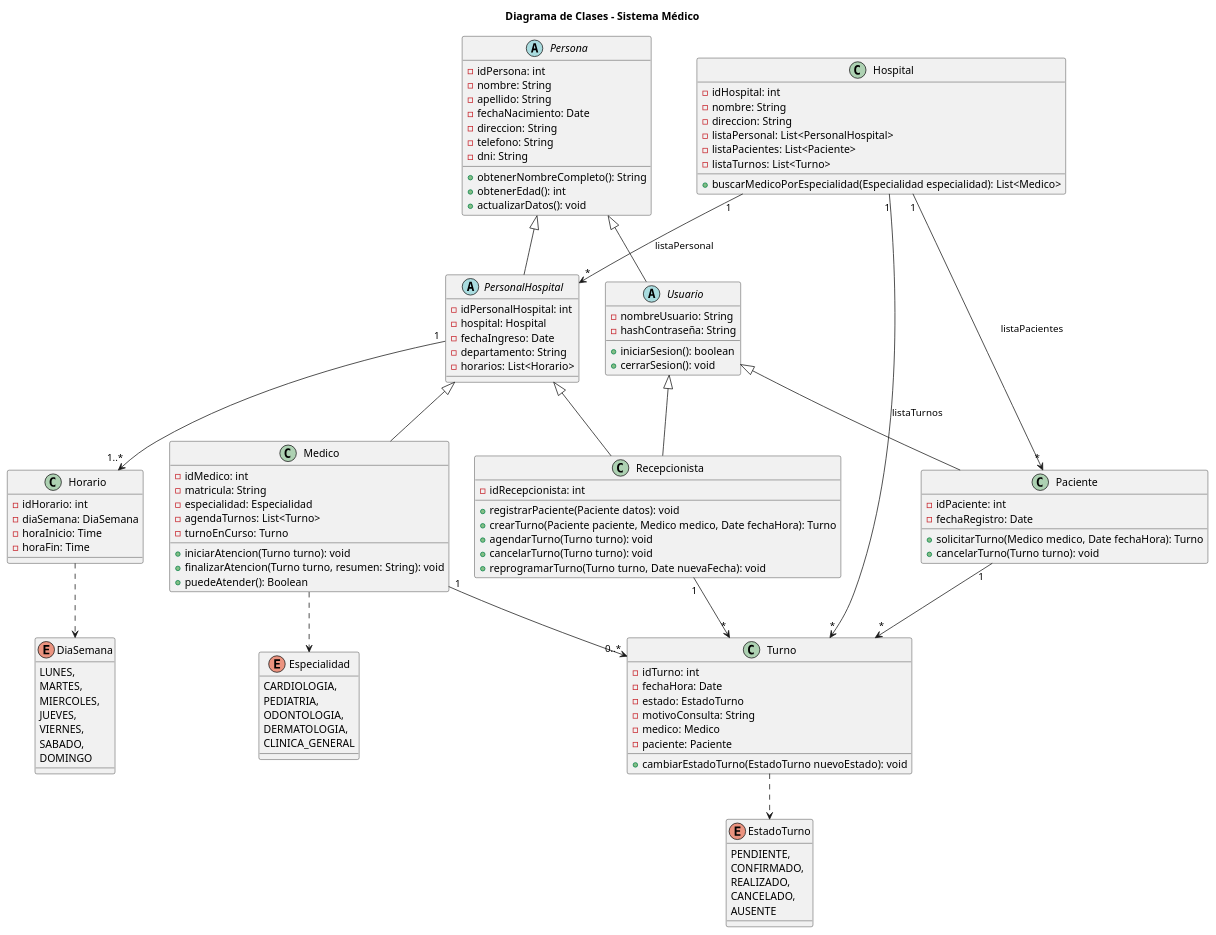
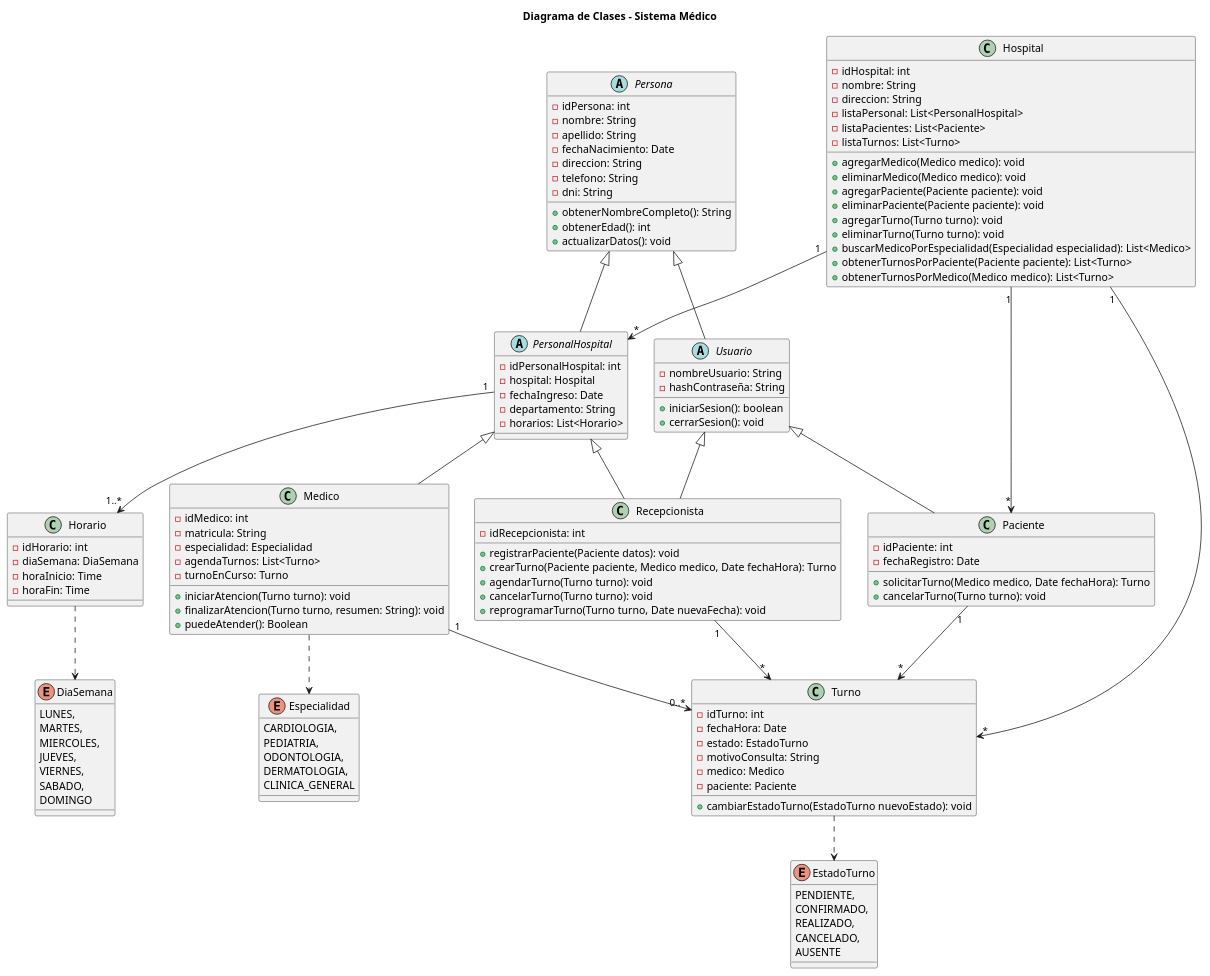
Before and after one commit to Nicoleishon/Proyecto-Integrador: the diagram in Sistema de Turnos del Hospital - Diagrama de Clases.puml, drawn with PlantUML. The commit also changed 2 other files, not shown here.

Commit message:
refactor Hospital

```diff
--- a/Sistema de Turnos del Hospital - Diagrama de Clases.puml
+++ b/Sistema de Turnos del Hospital - Diagrama de Clases.puml
@@ -1,144 +1,152 @@
 @startuml
 title Diagrama de Clases - Sistema Médico
 
 class Hospital {
   - idHospital: int
   - nombre: String
   - direccion: String
   - listaPersonal: List<PersonalHospital>
   - listaPacientes: List<Paciente>
   - listaTurnos: List<Turno>
   
+
+  + agregarMedico(Medico medico): void
+  + eliminarMedico(Medico medico): void
+  + agregarPaciente(Paciente paciente): void
+  + eliminarPaciente(Paciente paciente): void
+  + agregarTurno(Turno turno): void
+  + eliminarTurno(Turno turno): void
   + buscarMedicoPorEspecialidad(Especialidad especialidad): List<Medico>
-
+  + obtenerTurnosPorPaciente(Paciente paciente): List<Turno>
+  + obtenerTurnosPorMedico(Medico medico): List<Turno>
 }
 
 abstract class Usuario {
   - nombreUsuario: String
   - hashContraseña: String
   + iniciarSesion(): boolean
   + cerrarSesion(): void
 }
 
 enum DiaSemana {
   LUNES,
   MARTES,
   MIERCOLES,
   JUEVES,
   VIERNES,
   SABADO,
   DOMINGO
 }
 
 
 enum EstadoTurno {
   PENDIENTE,
   CONFIRMADO,
   REALIZADO,
   CANCELADO,
   AUSENTE
 }
 
 enum Especialidad {
   CARDIOLOGIA,
   PEDIATRIA,
   ODONTOLOGIA,
   DERMATOLOGIA,
   CLINICA_GENERAL
 }
 
 
 
 abstract class Persona {
   - idPersona: int
   - nombre: String
   - apellido: String
   - fechaNacimiento: Date
   - direccion: String
   - telefono: String
   - dni: String
   + obtenerNombreCompleto(): String
   + obtenerEdad(): int
   + actualizarDatos(): void
 }
 
 
 abstract class PersonalHospital {
   - idPersonalHospital: int
   - hospital: Hospital
   - fechaIngreso: Date
   - departamento: String
   - horarios: List<Horario>
 }
 
 class Medico {
   - idMedico: int
   - matricula: String
   - especialidad: Especialidad
   - agendaTurnos: List<Turno>
   - turnoEnCurso: Turno
 
   + iniciarAtencion(Turno turno): void
   + finalizarAtencion(Turno turno, resumen: String): void
   + puedeAtender(): Boolean
 }
 
 
 class Horario {
   - idHorario: int
   - diaSemana: DiaSemana
   - horaInicio: Time
   - horaFin: Time
 }
 
 class Recepcionista {
   - idRecepcionista: int
   + registrarPaciente(Paciente datos): void
   + crearTurno(Paciente paciente, Medico medico, Date fechaHora): Turno
   + agendarTurno(Turno turno): void
   + cancelarTurno(Turno turno): void
   + reprogramarTurno(Turno turno, Date nuevaFecha): void
 }
 
 
 class Paciente {
   - idPaciente: int
   - fechaRegistro: Date
   + solicitarTurno(Medico medico, Date fechaHora): Turno
   + cancelarTurno(Turno turno): void
 }
 
 
 class Turno {
   - idTurno: int
   - fechaHora: Date
   - estado: EstadoTurno
   - motivoConsulta: String
   - medico: Medico
   - paciente: Paciente
   + cambiarEstadoTurno(EstadoTurno nuevoEstado): void
 }
 
 
 ' Relaciones de herencia
 Persona <|-- Usuario
 Usuario <|-- Paciente
 Usuario <|-- Recepcionista
 Persona <|-- PersonalHospital
 PersonalHospital <|-- Medico
 PersonalHospital <|-- Recepcionista
 
 
 ' Relaciones de asociación
 Medico ..> Especialidad
 Turno ..> EstadoTurno
 
 PersonalHospital "1" --> "1..*" Horario
 Recepcionista "1" --> "*" Turno
 Paciente "1" --> "*" Turno
 Medico "1" --> "0..*" Turno
-Hospital "1" --> "*" PersonalHospital : listaPersonal
-Hospital "1" --> "*" Paciente : listaPacientes
-Hospital "1" --> "*" Turno : listaTurnos
+Hospital "1" --> "*" PersonalHospital
+Hospital "1" --> "*" Paciente
+Hospital "1" --> "*" Turno
 Horario ..> DiaSemana
 @enduml
```
